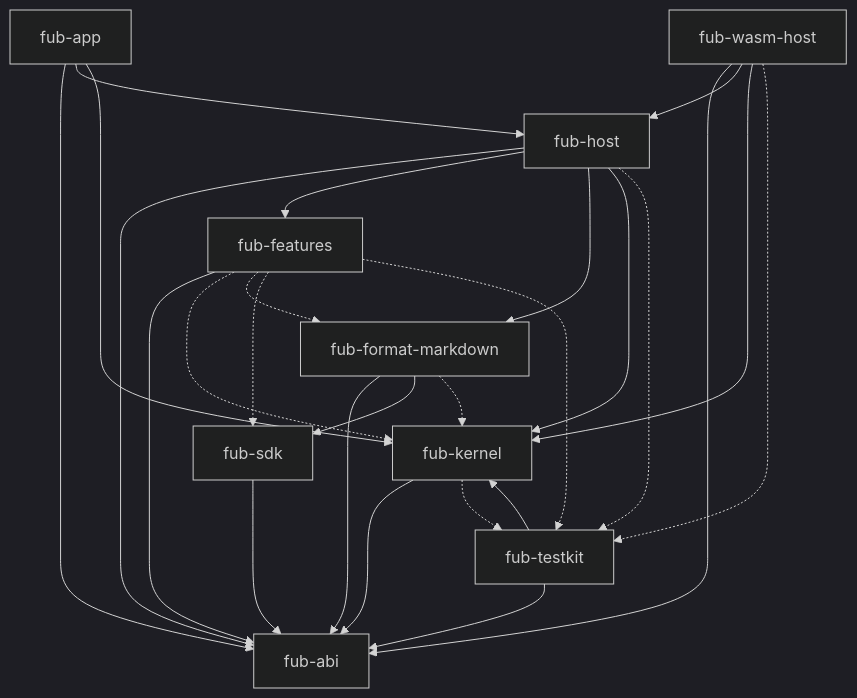
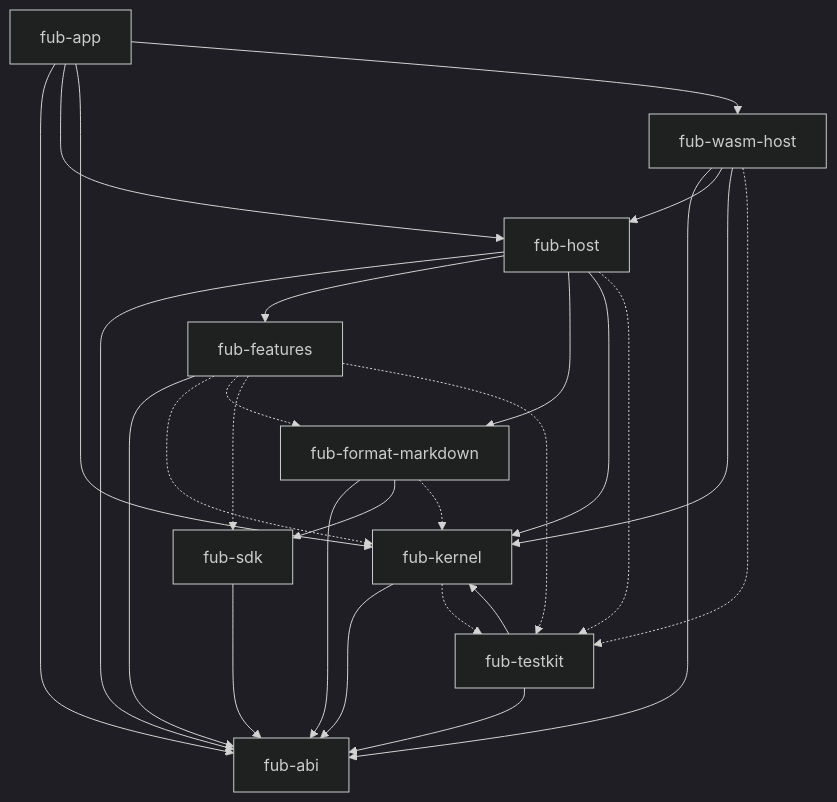
Before and after one commit to Fubeo/Fub: the first of 2 diagrams in docs/architecture/overview.md, drawn with Mermaid (dark theme).

Commit message:
docs(architecture): allinea il grafo all'avvio WASM

````diff
--- a/docs/architecture/overview.md
+++ b/docs/architecture/overview.md
@@ -28,42 +28,43 @@
 ```mermaid
 flowchart TD
     %% @grafo-dipendenze
     %% Questo blocco è confrontato con cargo metadata da dependency_invariant.rs.
 
     app["fub-app"]
     host["fub-host"]
     features["fub-features"]
     markdown["fub-format-markdown"]
     wasmhost["fub-wasm-host"]
     sdk["fub-sdk"]
     testkit["fub-testkit"]
     kernel["fub-kernel"]
     abi["fub-abi"]
 
     app --> abi
     app --> host
     app --> kernel
+    app --> wasmhost
     host --> abi
     host --> features
     host --> markdown
     host --> kernel
     features --> abi
     markdown --> abi
     markdown --> sdk
     wasmhost --> abi
     wasmhost --> host
     wasmhost --> kernel
     kernel --> abi
     sdk --> abi
     testkit --> abi
     testkit --> kernel
 
     features -.-> kernel
     features -.-> markdown
     features -.-> sdk
     features -.-> testkit
     markdown -.-> kernel
     kernel -.-> testkit
     host -.-> testkit
     wasmhost -.-> testkit
 ```
````
